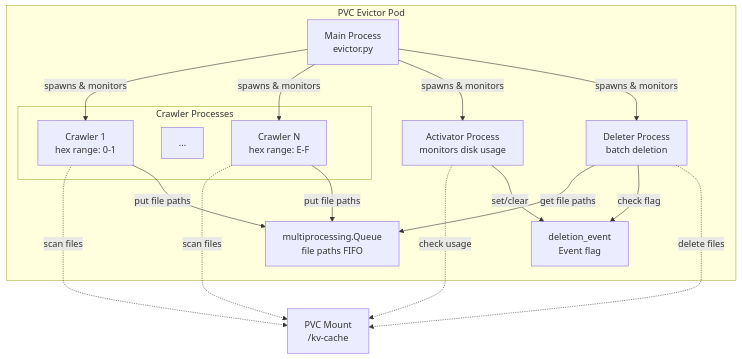
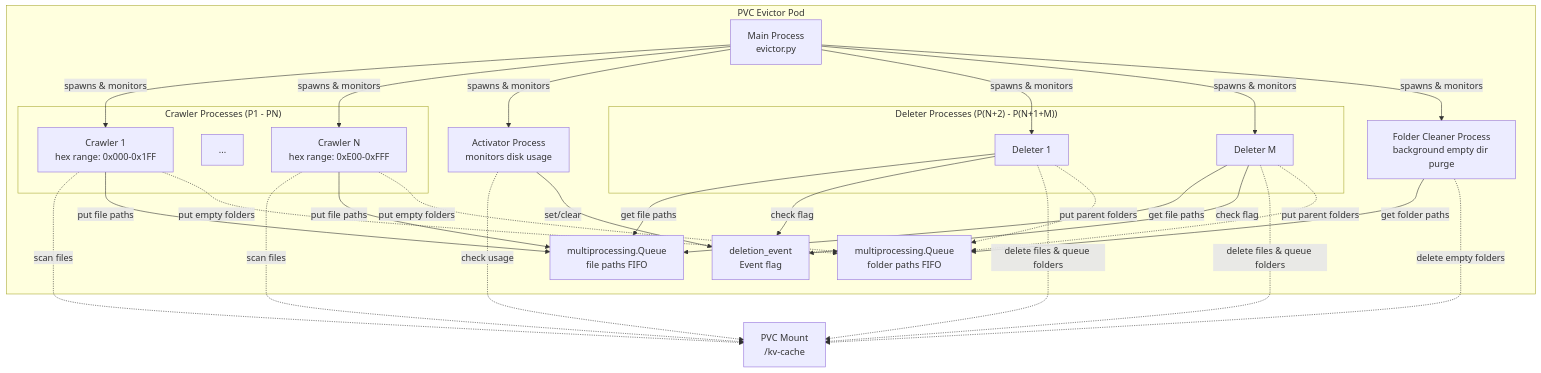
Before and after one commit to llm-d/llm-d-kv-cache: the diagram in kv_connectors/pvc_evictor/README.md, drawn with Mermaid. The commit also changed other lines of this file and 5 other files, not shown here.

````diff
--- a/kv_connectors/pvc_evictor/README.md
+++ b/kv_connectors/pvc_evictor/README.md
@@ -27,38 +34,61 @@
 ```mermaid
 graph TB
     subgraph "PVC Evictor Pod"
         Main[Main Process<br/>evictor.py]
         
-        subgraph "Crawler Processes"
-            C1[Crawler 1<br/>hex range: 0-1]
+        subgraph "Crawler Processes (P1 - PN)"
+            C1[Crawler 1<br/>hex range: 0x000-0x1FF]
             ...
-            CN[Crawler N<br/>hex range: E-F]
+            CN[Crawler N<br/>hex range: 0xE00-0xFFF]
         end
         
         Act[Activator Process<br/>monitors disk usage]
-        Del[Deleter Process<br/>batch deletion]
+        
+        subgraph "Deleter Processes (P(N+2) - P(N+1+M))"
+            D1[Deleter 1]
+            DM[Deleter M]
+        end
+        
+        FC[Folder Cleaner Process<br/>background empty dir purge]
         
         Queue[multiprocessing.Queue<br/>file paths FIFO]
+        FolderQueue[multiprocessing.Queue<br/>folder paths FIFO]
         DelEvent[deletion_event<br/>Event flag]
     end
     
     PVC[PVC Mount<br/>/kv-cache]
     
     Main -->|spawns & monitors| C1
     Main -->|spawns & monitors| CN
     Main -->|spawns & monitors| Act
-    Main -->|spawns & monitors| Del
+    Main -->|spawns & monitors| D1
+    Main -->|spawns & monitors| DM
+    Main -->|spawns & monitors| FC
     
     C1 -..->|scan files| PVC
     CN -..->|scan files| PVC
     
     C1 -->|put file paths| Queue
     CN -->|put file paths| Queue
     
+    C1 -.->|put empty folders| FolderQueue
+    CN -.->|put empty folders| FolderQueue
+    
     Act -..->|check usage| PVC
     Act -->|set/clear| DelEvent
     
-    Del -->|get file paths| Queue
-    Del -->|check flag| DelEvent
-    Del -..->|delete files| PVC
+    D1 -->|get file paths| Queue
+    DM -->|get file paths| Queue
+    
+    D1 -->|check flag| DelEvent
+    DM -->|check flag| DelEvent
+    
+    D1 -..->|delete files & queue folders| PVC
+    DM -..->|delete files & queue folders| PVC
+    
+    D1 -.->|put parent folders| FolderQueue
+    DM -.->|put parent folders| FolderQueue
+    
+    FC -->|get folder paths| FolderQueue
+    FC -..->|delete empty folders| PVC
 ```
````
